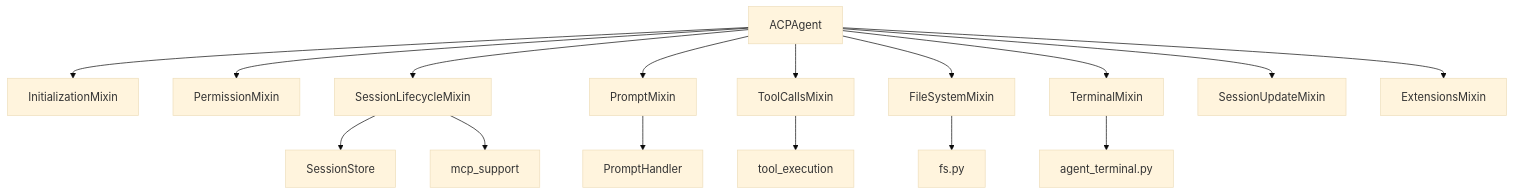
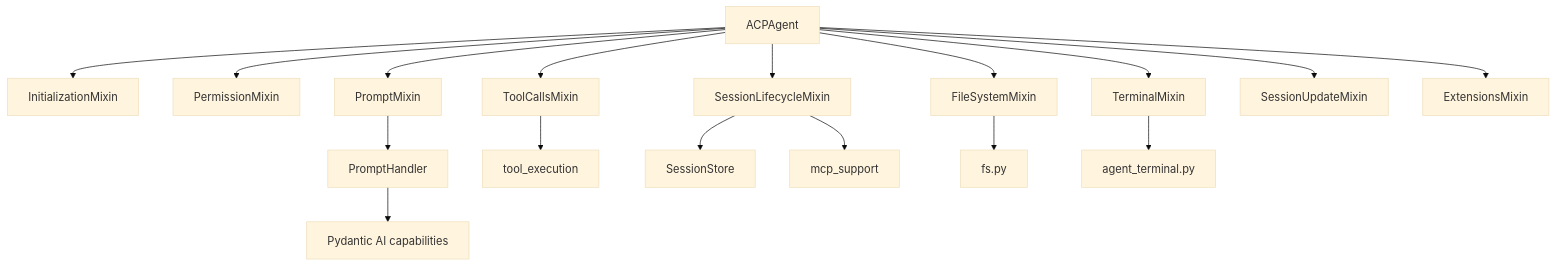
Before and after one commit to gbtami/isaac: the first of 2 diagrams in ARCHITECTURE.md, drawn with Mermaid (base theme). The commit also changed other lines of this file and 60 other files, not shown here.

````diff
--- a/ARCHITECTURE.md
+++ b/ARCHITECTURE.md
@@ -27,19 +28,20 @@
 ```mermaid
 flowchart TD
   ACPAgent[ACPAgent] --> Init[InitializationMixin]
   ACPAgent --> Perm[PermissionMixin]
   ACPAgent --> Sess[SessionLifecycleMixin]
   ACPAgent --> Prompt[PromptMixin]
   ACPAgent --> Tools[ToolCallsMixin]
   ACPAgent --> FS[FileSystemMixin]
   ACPAgent --> Term[TerminalMixin]
   ACPAgent --> Updates[SessionUpdateMixin]
   ACPAgent --> Ext[ExtensionsMixin]
 
   Prompt --> Brain[PromptHandler]
+  Brain --> Caps[Pydantic AI capabilities]
   Tools --> ToolExec[tool_execution]
   Sess --> Store[SessionStore]
   Sess --> MCP[mcp_support]
   FS --> FSHelpers[fs.py]
   Term --> TermHelpers[agent_terminal.py]
 ```
````
